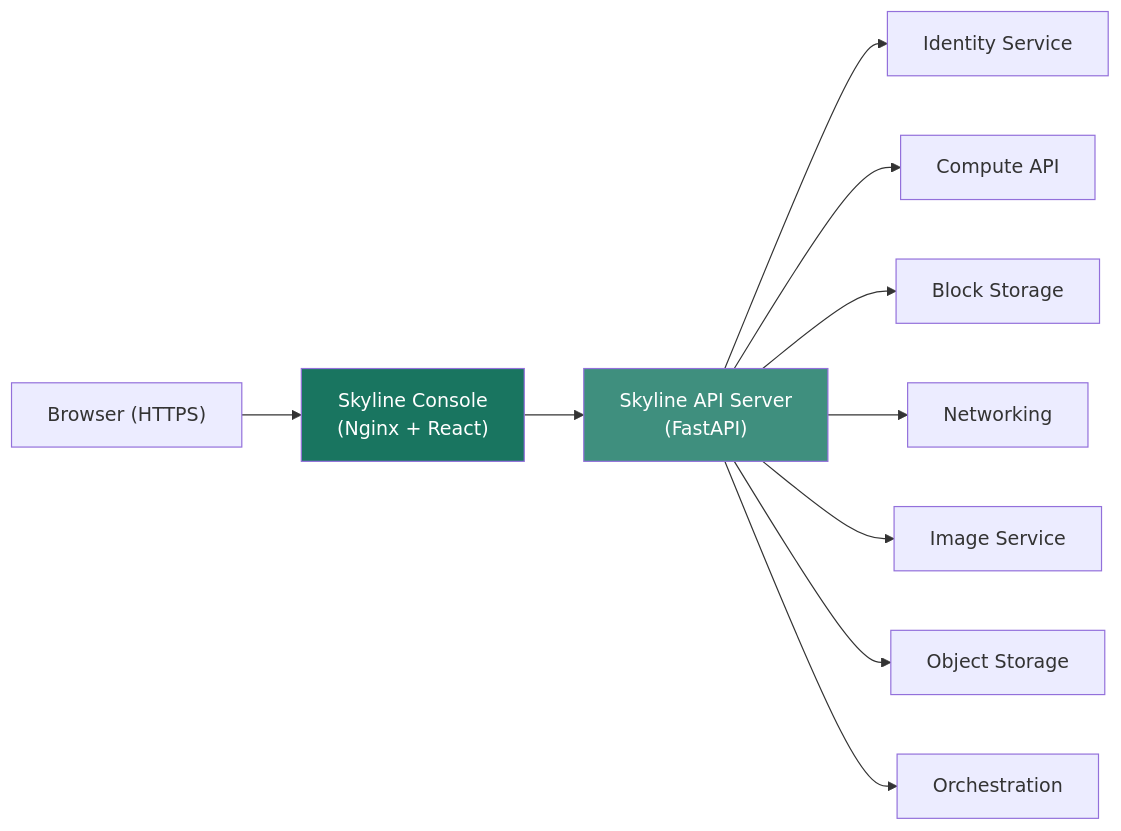
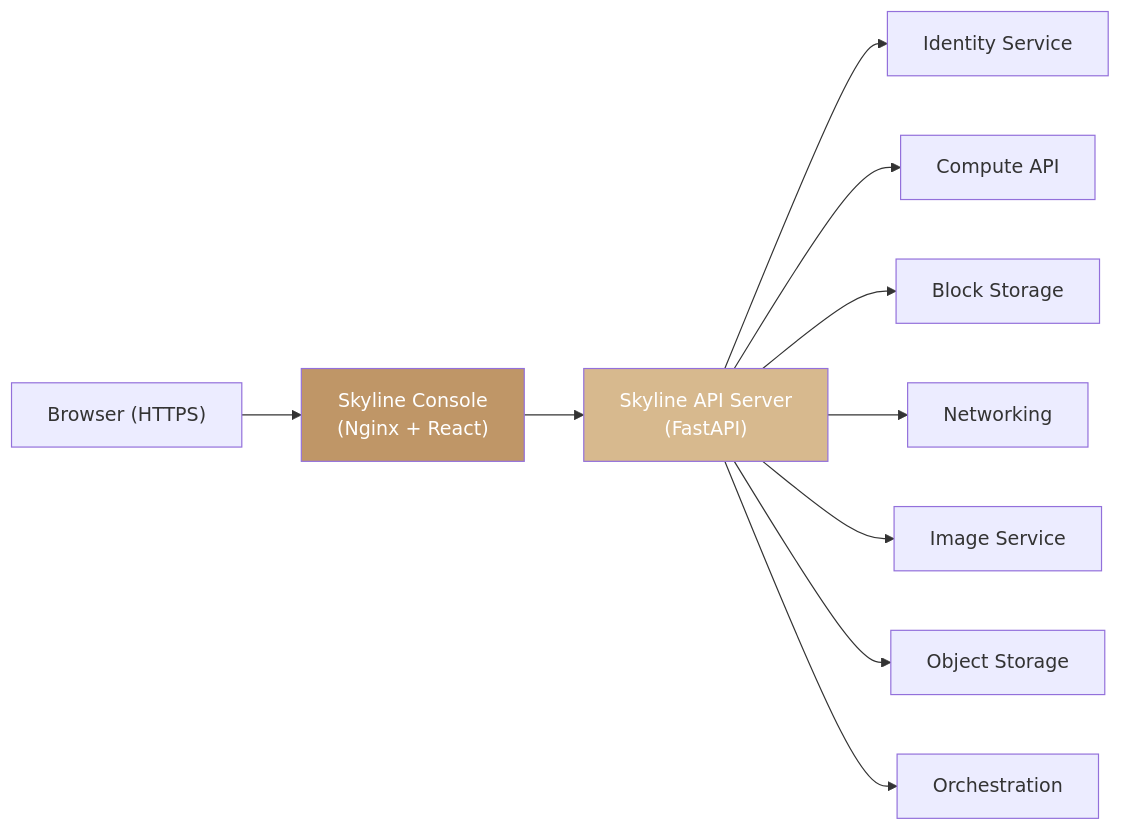
Before and after one commit to ankur-kumar87/docs-polystack: the diagram in services/dashboard/index.mdx, drawn with Mermaid. The commit also changed other lines of this file and 395 other files, not shown here.

````diff
--- a/services/dashboard/index.mdx
+++ b/services/dashboard/index.mdx
@@ -121,14 +121,14 @@
 ```mermaid
 graph LR
     Browser["Browser (HTTPS)"] --> Skyline["Skyline Console\n(Nginx + React)"]
     Skyline --> SkyAPI["Skyline API Server\n(FastAPI)"]
     SkyAPI --> Keystone["Identity Service"]
     SkyAPI --> Nova["Compute API"]
     SkyAPI --> Cinder["Block Storage"]
     SkyAPI --> Neutron["Networking"]
     SkyAPI --> Glance["Image Service"]
     SkyAPI --> Swift["Object Storage"]
     SkyAPI --> Heat["Orchestration"]
-    style Skyline fill:#197560,color:#fff
-    style SkyAPI fill:#3F8F7E,color:#fff
+    style Skyline fill:#bf9667,color:#fff
+    style SkyAPI fill:#d7b98e,color:#fff
 ```
````
